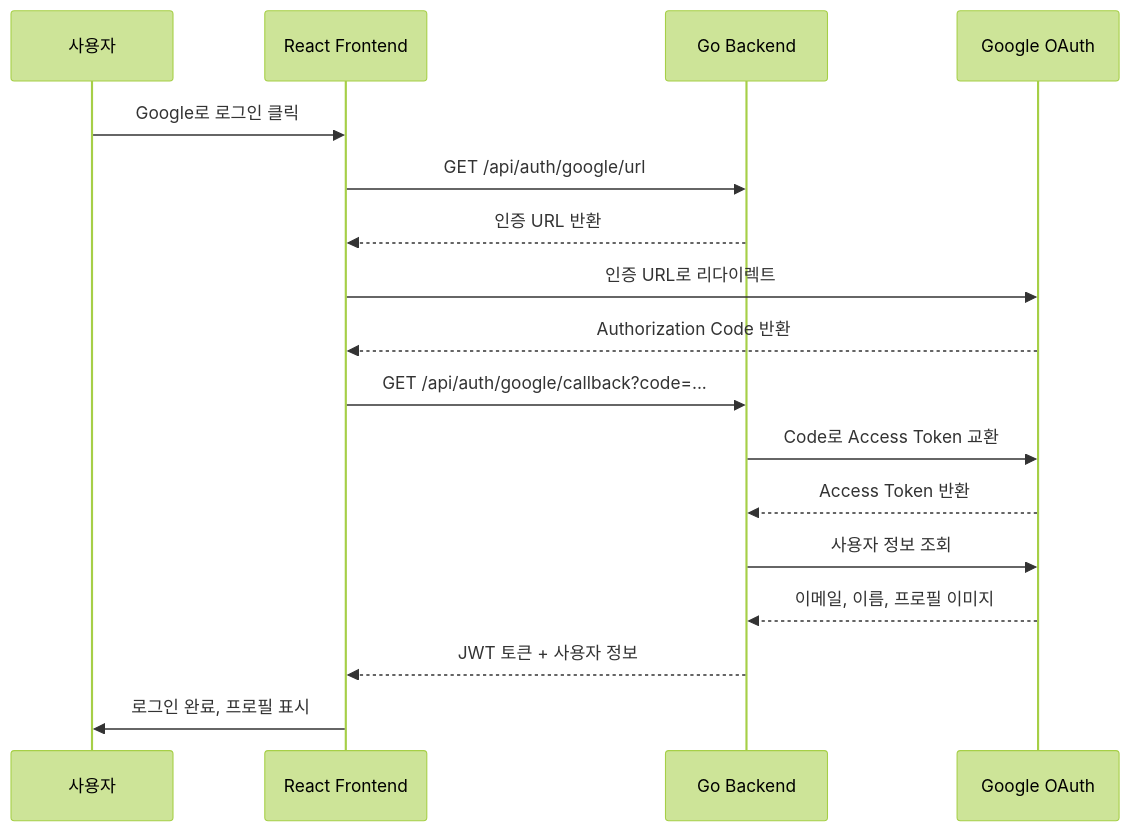
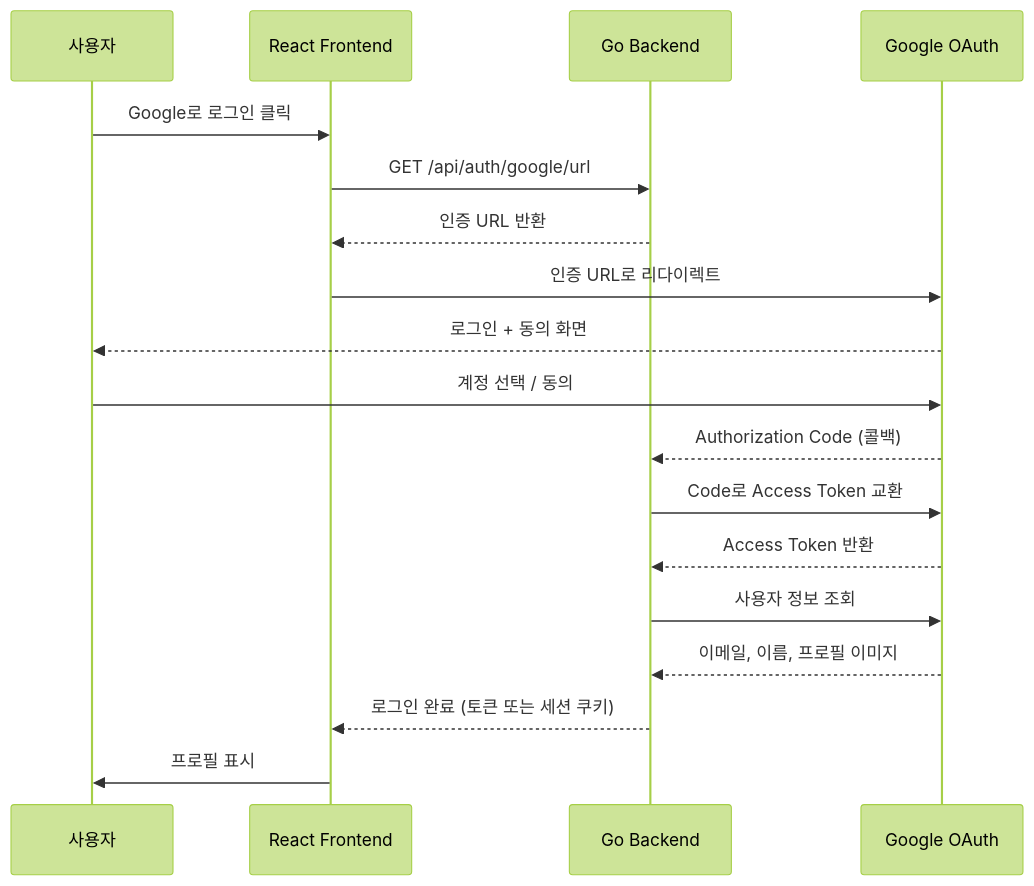
The first of 4 diagrams in docs/read/go-google-oauth-로그인-구현-가이드/index.md (kenshin579/blog-v2.advenoh.pe.kr), drawn with Mermaid (forest theme) before and after one commit. The commit also changed other lines of this file and 2 other files, not shown here.

First line of the commit message:
docs: SNS 로그인 글 JWT vs 세션으로 재구성 (#527)

````diff
--- a/docs/read/go-google-oauth-로그인-구현-가이드/index.md
+++ b/docs/read/go-google-oauth-로그인-구현-가이드/index.md
@@ -35,20 +40,21 @@
 ```mermaid
 sequenceDiagram
     participant U as 사용자
     participant FE as React Frontend
     participant BE as Go Backend
     participant G as Google OAuth
 
     U->>FE: Google로 로그인 클릭
     FE->>BE: GET /api/auth/google/url
     BE-->>FE: 인증 URL 반환
     FE->>G: 인증 URL로 리다이렉트
-    G-->>FE: Authorization Code 반환
-    FE->>BE: GET /api/auth/google/callback?code=...
+    G-->>U: 로그인 + 동의 화면
+    U->>G: 계정 선택 / 동의
+    G-->>BE: Authorization Code (콜백)
     BE->>G: Code로 Access Token 교환
     G-->>BE: Access Token 반환
     BE->>G: 사용자 정보 조회
     G-->>BE: 이메일, 이름, 프로필 이미지
-    BE-->>FE: JWT 토큰 + 사용자 정보
-    FE->>U: 로그인 완료, 프로필 표시
+    BE-->>FE: 로그인 완료 (토큰 또는 세션 쿠키)
+    FE->>U: 프로필 표시
 ```
````
